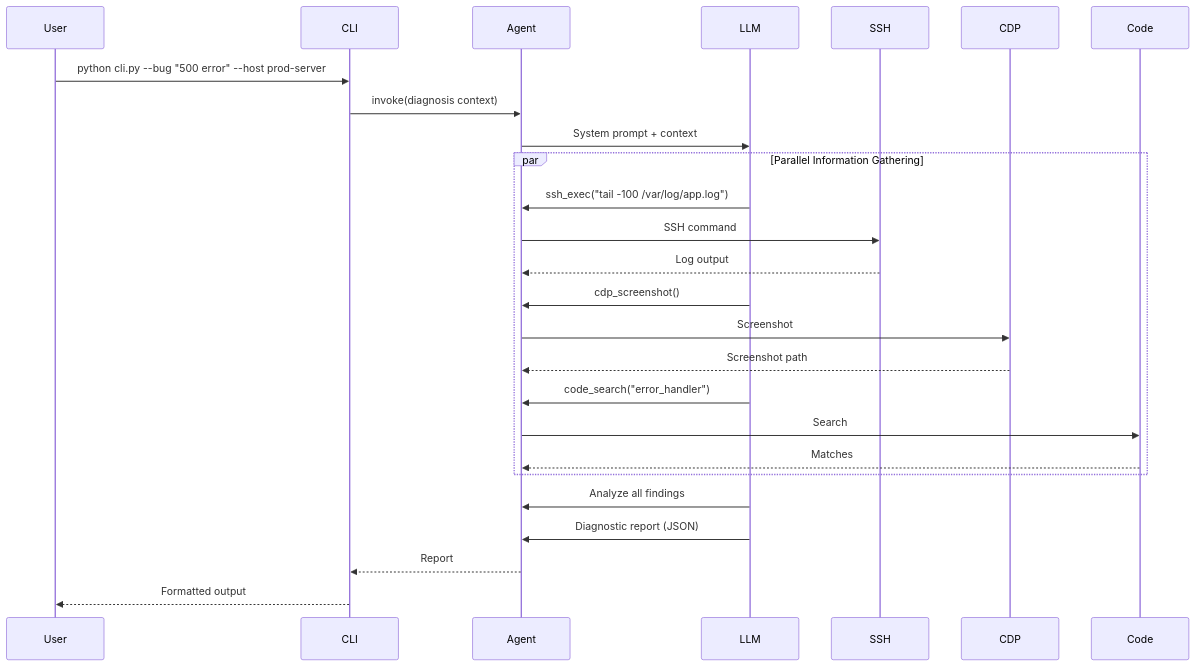
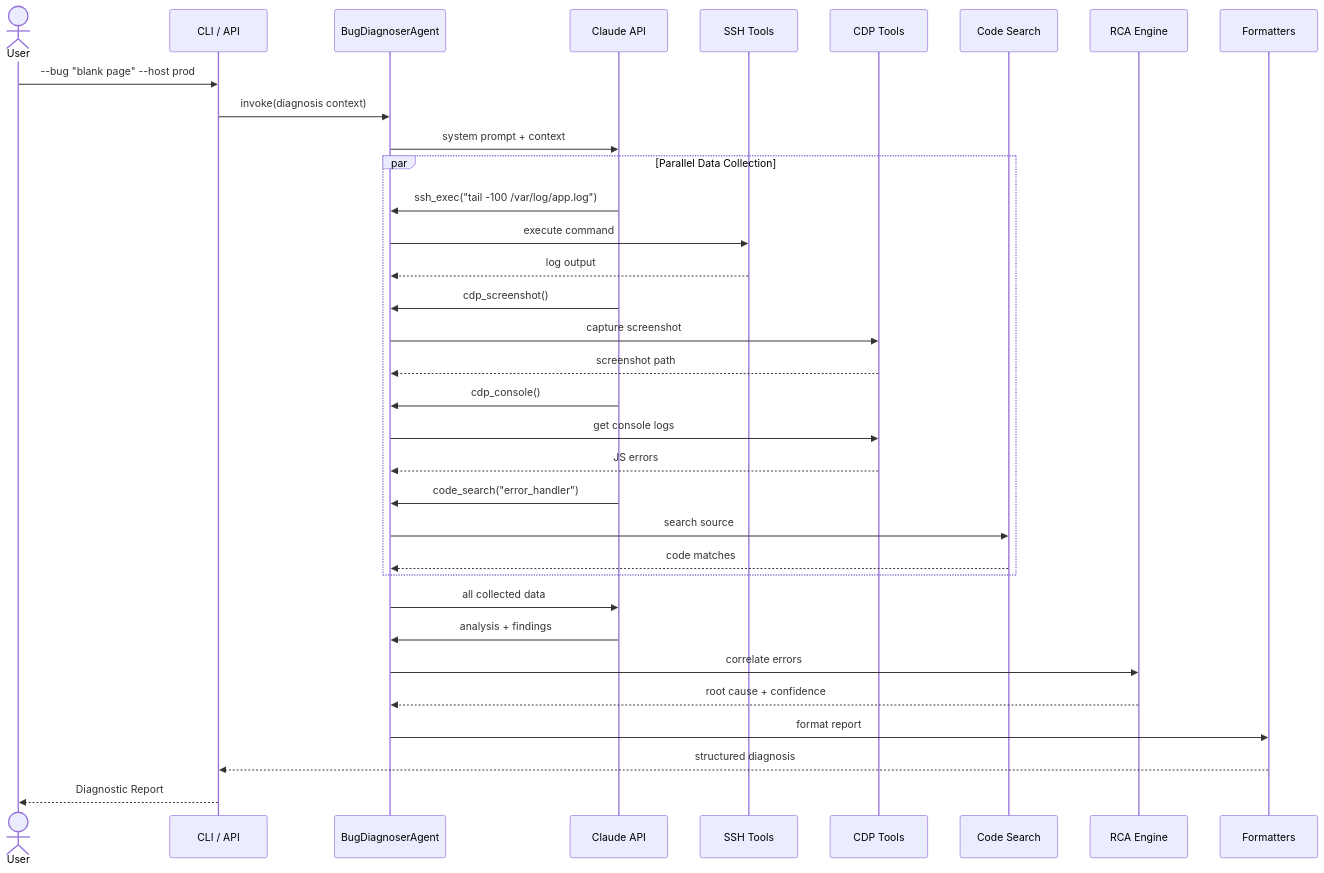
Before and after one commit to afine907/agent-bug-killer: the fifth of 10 diagrams in docs/architecture.md, drawn with Mermaid. The commit also changed other lines of this file and 22 other files, not shown here.

````diff
--- a/docs/architecture.md
+++ b/docs/architecture.md
@@ -92,31 +269,44 @@
 ```mermaid
 sequenceDiagram
-    participant User
-    participant CLI
-    participant Agent
-    participant LLM
-    participant SSH
-    participant CDP
-    participant Code
+    actor User
+    participant CLI as CLI / API
+    participant Agent as BugDiagnoserAgent
+    participant LLM as Claude API
+    participant SSH as SSH Tools
+    participant CDP as CDP Tools
+    participant CS as Code Search
+    participant RCA as RCA Engine
+    participant Output as Formatters
 
-    User->>CLI: python cli.py --bug "500 error" --host prod-server
+    User->>CLI: --bug "blank page" --host prod
     CLI->>Agent: invoke(diagnosis context)
-    Agent->>LLM: System prompt + context
+    Agent->>LLM: system prompt + context
 
-    par Parallel Information Gathering
+    par Parallel Data Collection
         LLM->>Agent: ssh_exec("tail -100 /var/log/app.log")
-        Agent->>SSH: SSH command
-        SSH-->>Agent: Log output
+        Agent->>SSH: execute command
+        SSH-->>Agent: log output
+
         LLM->>Agent: cdp_screenshot()
-        Agent->>CDP: Screenshot
-        CDP-->>Agent: Screenshot path
+        Agent->>CDP: capture screenshot
+        CDP-->>Agent: screenshot path
+
+        LLM->>Agent: cdp_console()
+        Agent->>CDP: get console logs
+        CDP-->>Agent: JS errors
+
         LLM->>Agent: code_search("error_handler")
-        Agent->>Code: Search
-        Code-->>Agent: Matches
+        Agent->>CS: search source
+        CS-->>Agent: code matches
     end
 
-    LLM->>Agent: Analyze all findings
-    LLM->>Agent: Diagnostic report (JSON)
-    Agent-->>CLI: Report
-    CLI-->>User: Formatted output
+    Agent->>LLM: all collected data
+    LLM->>Agent: analysis + findings
+
+    Agent->>RCA: correlate errors
+    RCA-->>Agent: root cause + confidence
+
+    Agent->>Output: format report
+    Output-->>CLI: structured diagnosis
+    CLI-->>User: Diagnostic Report
 ```
````
